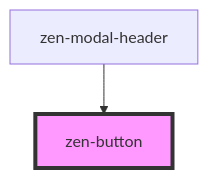
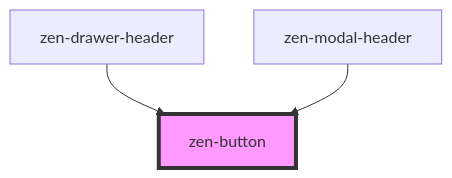
One commit to woodi3/zen-webcomponents changed the diagram in src/components/zen-button/readme.md. Above: the diagram before and after it, drawn with Mermaid. The commit also changed other lines of this file and 31 other files, not shown here.

First line of the commit message:
(feature): Zen Drawer component (#36)

````diff
--- a/src/components/zen-button/readme.md
+++ b/src/components/zen-button/readme.md
@@ -26,5 +27,6 @@
 ```mermaid
 graph TD;
+  zen-drawer-header --> zen-button
   zen-modal-header --> zen-button
   style zen-button fill:#f9f,stroke:#333,stroke-width:4px
 ```
````
